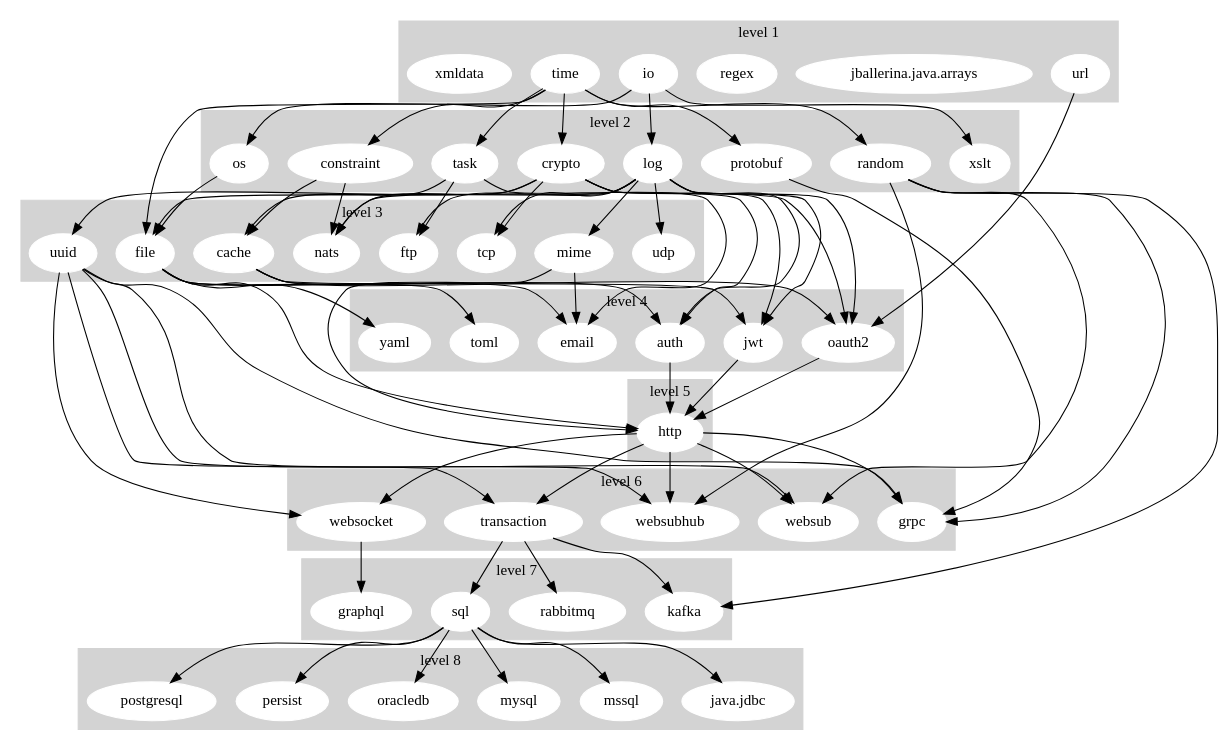
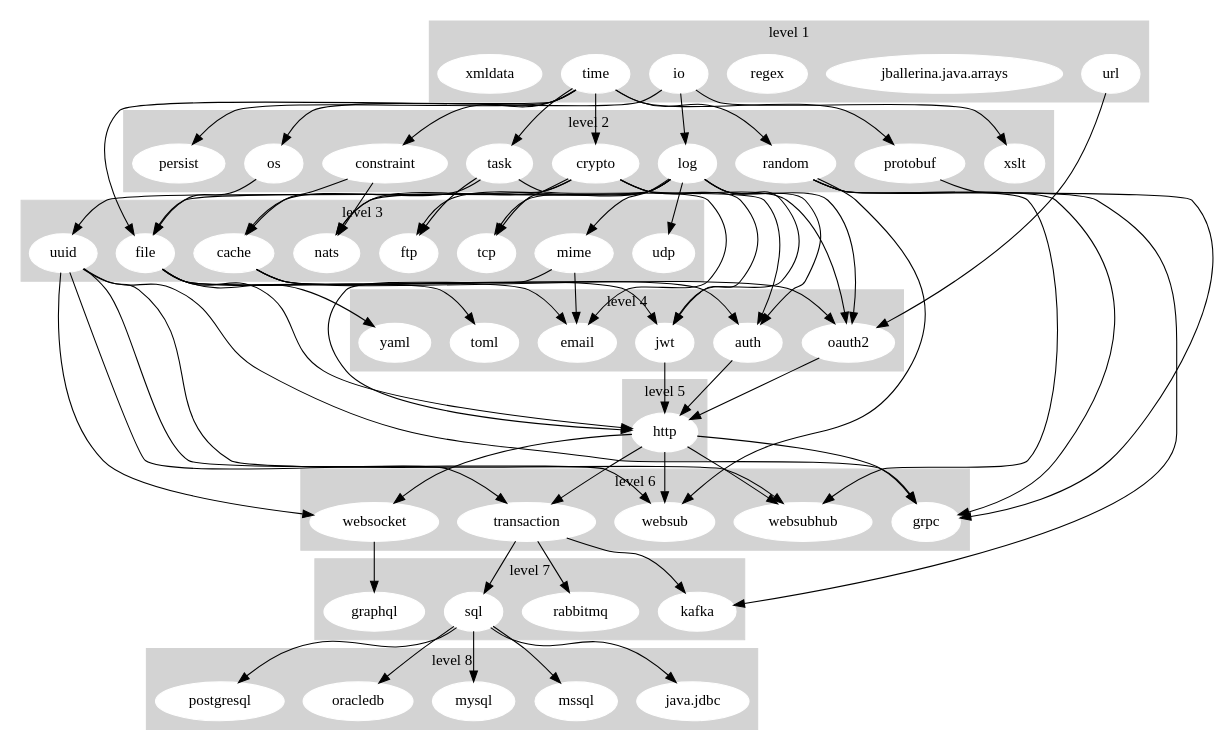
One commit to ballerina-platform/ballerina-release changed the diagram in dashboard/stdlib_graph.gv. Above: the diagram before and after it, drawn with Graphviz.

Commit message:
[Automated] Update Stdlib Dependency Graph

```diff
--- a/dashboard/stdlib_graph.gv
+++ b/dashboard/stdlib_graph.gv
@@ -1,154 +1,154 @@
 digraph "Stdlib Dependency Graph" {
 	subgraph cluster_1 {
 		node [color=white style=filled]
 		color=lightgrey style=filled
 		io
 		"jballerina.java.arrays"
 		regex
 		time
 		url
 		xmldata
 		label="level 1"
 	}
 	subgraph cluster_2 {
 		node [color=white style=filled]
 		color=lightgrey style=filled
 		constraint
 		crypto
 		log
 		os
+		persist
 		protobuf
 		random
 		task
 		xslt
 		label="level 2"
 	}
 	subgraph cluster_3 {
 		node [color=white style=filled]
 		color=lightgrey style=filled
 		cache
 		file
 		ftp
 		mime
 		nats
 		tcp
 		udp
 		uuid
 		label="level 3"
 	}
 	subgraph cluster_4 {
 		node [color=white style=filled]
 		color=lightgrey style=filled
 		auth
 		email
 		jwt
 		oauth2
 		toml
 		yaml
 		label="level 4"
 	}
 	subgraph cluster_5 {
 		node [color=white style=filled]
 		color=lightgrey style=filled
 		http
 		label="level 5"
 	}
 	subgraph cluster_6 {
 		node [color=white style=filled]
 		color=lightgrey style=filled
 		grpc
 		transaction
 		websocket
 		websub
 		websubhub
 		label="level 6"
 	}
 	subgraph cluster_7 {
 		node [color=white style=filled]
 		color=lightgrey style=filled
 		graphql
 		kafka
 		rabbitmq
 		sql
 		label="level 7"
 	}
 	subgraph cluster_8 {
 		node [color=white style=filled]
 		color=lightgrey style=filled
 		"java.jdbc"
 		mssql
 		mysql
 		oracledb
-		persist
 		postgresql
 		label="level 8"
 	}
 	io -> log
 	io -> os
 	io -> xslt
 	time -> constraint
 	time -> crypto
 	time -> file
+	time -> persist
 	time -> protobuf
 	time -> random
 	time -> task
 	url -> oauth2
 	constraint -> cache
 	constraint -> nats
 	crypto -> auth
 	crypto -> jwt
 	crypto -> nats
 	crypto -> oauth2
 	crypto -> tcp
 	crypto -> uuid
 	log -> auth
 	log -> file
 	log -> ftp
 	log -> jwt
 	log -> mime
 	log -> nats
 	log -> oauth2
 	log -> tcp
 	log -> udp
 	os -> file
 	protobuf -> grpc
 	random -> grpc
 	random -> kafka
 	random -> websub
 	random -> websubhub
 	task -> cache
 	task -> email
 	task -> ftp
 	cache -> auth
 	cache -> jwt
 	cache -> oauth2
 	file -> email
 	file -> http
 	file -> toml
 	file -> yaml
 	mime -> email
 	mime -> http
 	uuid -> grpc
 	uuid -> transaction
 	uuid -> websocket
 	uuid -> websub
 	uuid -> websubhub
 	auth -> http
 	jwt -> http
 	oauth2 -> http
 	http -> grpc
 	http -> transaction
 	http -> websocket
 	http -> websub
 	http -> websubhub
 	transaction -> kafka
 	transaction -> rabbitmq
 	transaction -> sql
 	websocket -> graphql
 	sql -> "java.jdbc"
 	sql -> mssql
 	sql -> mysql
 	sql -> oracledb
-	sql -> persist
 	sql -> postgresql
 }
```
